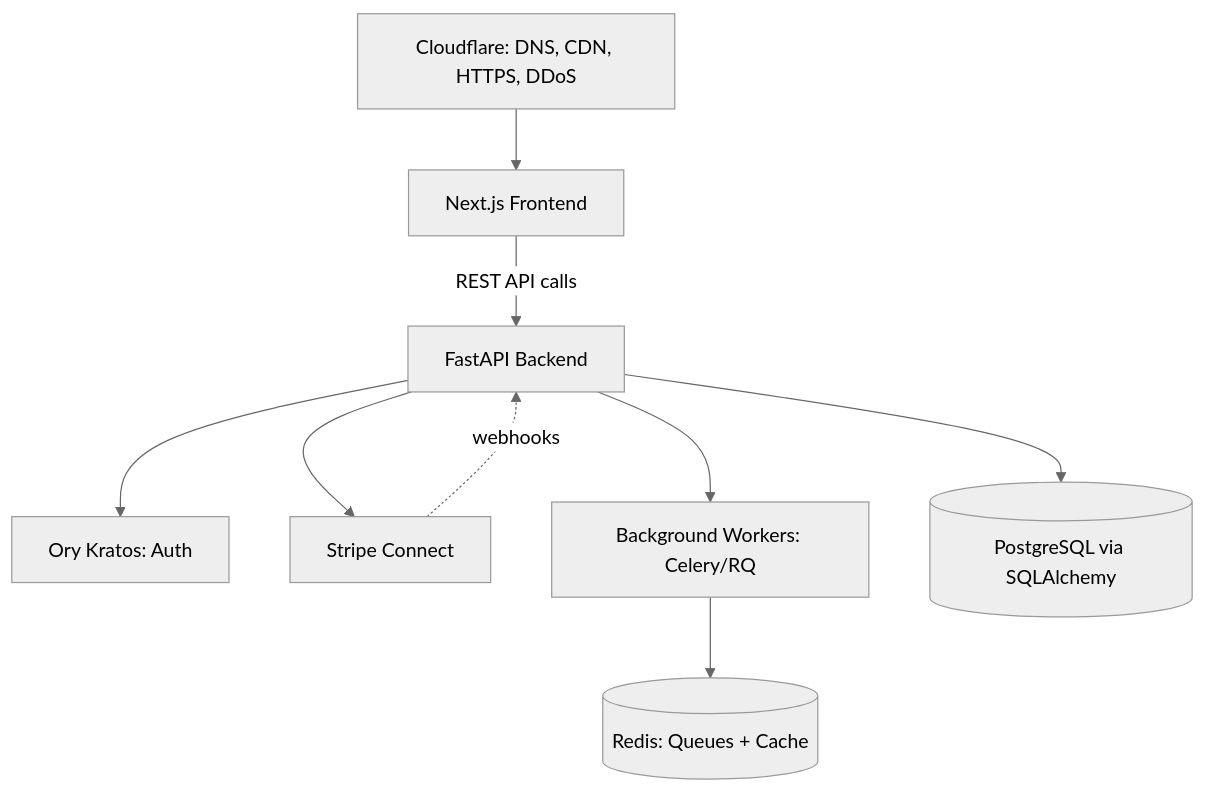
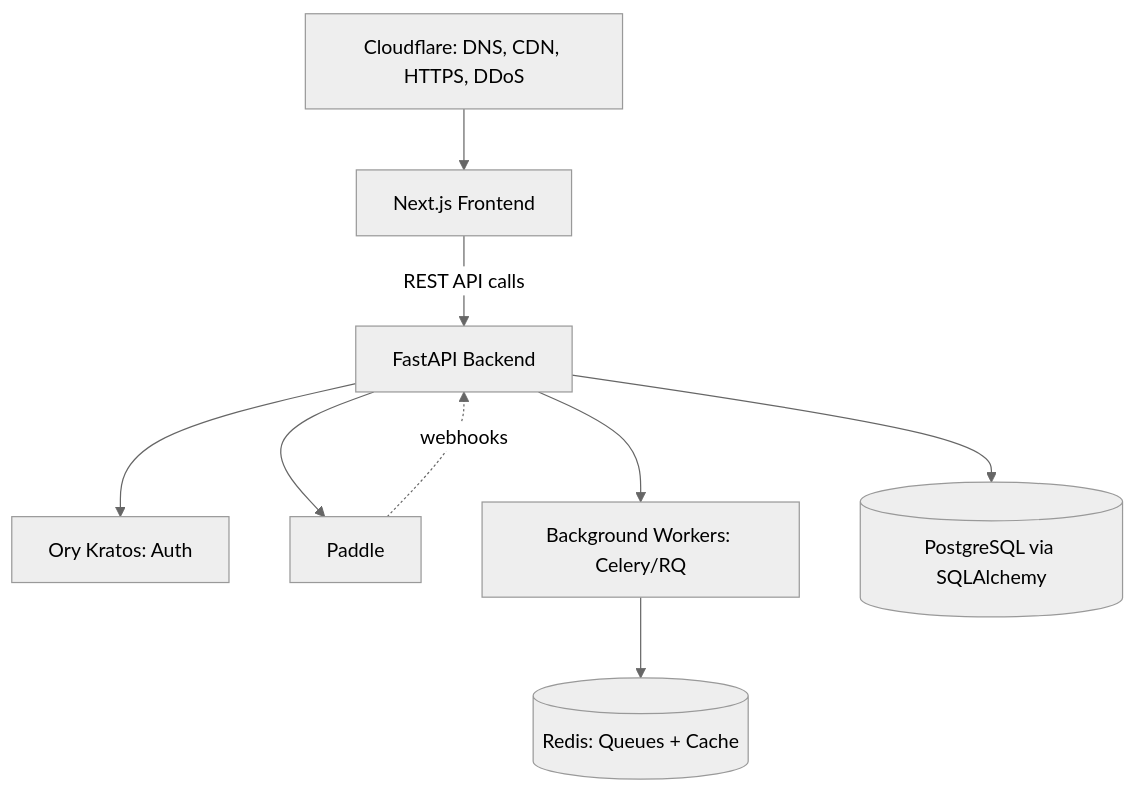
The second of 2 diagrams in Docs/Technical Architecture/System Architecture 3b1b4f1f20fd812cb6e8e4453753d17a.md (sellviabusiness/sellviaproject), drawn with Mermaid (neutral theme) before and after one commit. The commit also changed other lines of this file and 68 other files, not shown here.

First line of the commit message:
docs: replace Stripe with Paddle across all docs

````diff
--- a/Docs/Technical Architecture/System Architecture 3b1b4f1f20fd812cb6e8e4453753d17a.md
+++ b/Docs/Technical Architecture/System Architecture 3b1b4f1f20fd812cb6e8e4453753d17a.md
@@ -78,20 +78,20 @@
 ```mermaid
 flowchart TD
     CF[Cloudflare: DNS, CDN, HTTPS, DDoS]
     FE[Next.js Frontend]
     BE[FastAPI Backend]
     AUTH[Ory Kratos: Auth]
-    STRIPE[Stripe Connect]
+    PADDLE[Paddle]
     WORKERS[Background Workers: Celery/RQ]
     DB[(PostgreSQL via SQLAlchemy)]
     REDIS[(Redis: Queues + Cache)]
 
     CF --> FE
     FE -->|REST API calls| BE
     BE --> AUTH
-    BE --> STRIPE
+    BE --> PADDLE
     BE --> DB
     BE --> WORKERS
     WORKERS --> REDIS
-    STRIPE -.webhooks.-> BE
+    PADDLE -.webhooks.-> BE
 ```
````
